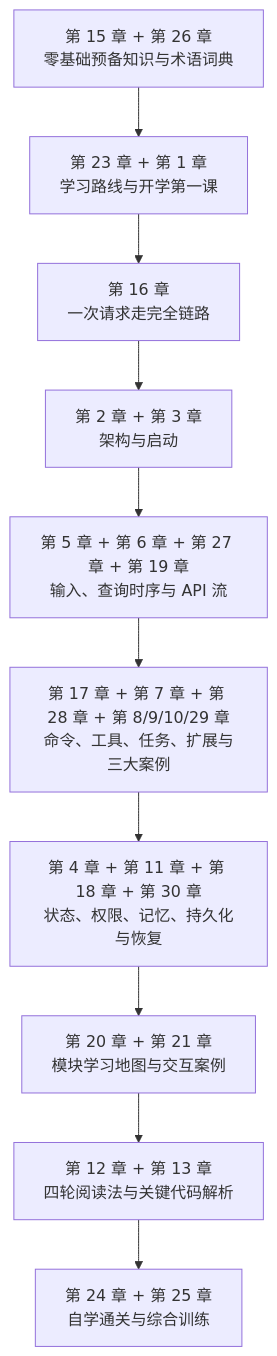
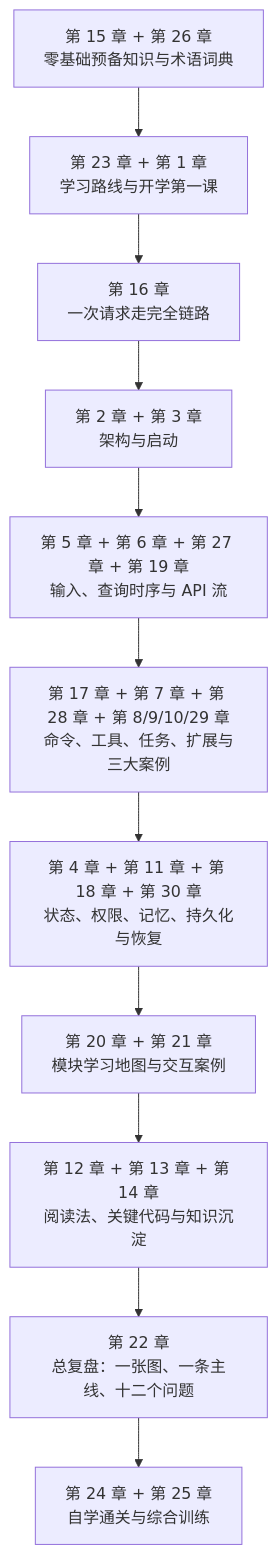
Before and after one commit to t4vddz2hkp-ux/anthropic-src-gitbook: the first of 2 diagrams in README.md, drawn with Mermaid. The commit also changed other lines of this file and 26 other files, not shown here.

````diff
--- a/README.md
+++ b/README.md
@@ -139,12 +148,13 @@
 ```mermaid
 flowchart TD
     A["第 15 章 + 第 26 章<br/>零基础预备知识与术语词典"] --> B["第 23 章 + 第 1 章<br/>学习路线与开学第一课"]
     B --> C["第 16 章<br/>一次请求走完全链路"]
     C --> D["第 2 章 + 第 3 章<br/>架构与启动"]
     D --> E["第 5 章 + 第 6 章 + 第 27 章 + 第 19 章<br/>输入、查询时序与 API 流"]
     E --> F["第 17 章 + 第 7 章 + 第 28 章 + 第 8/9/10/29 章<br/>命令、工具、任务、扩展与三大案例"]
     F --> G["第 4 章 + 第 11 章 + 第 18 章 + 第 30 章<br/>状态、权限、记忆、持久化与恢复"]
     G --> H["第 20 章 + 第 21 章<br/>模块学习地图与交互案例"]
-    H --> I["第 12 章 + 第 13 章<br/>四轮阅读法与关键代码解析"]
-    I --> J["第 24 章 + 第 25 章<br/>自学通关与综合训练"]
+    H --> I["第 12 章 + 第 13 章 + 第 14 章<br/>阅读法、关键代码与知识沉淀"]
+    I --> J["第 22 章<br/>总复盘：一张图、一条主线、十二个问题"]
+    J --> K["第 24 章 + 第 25 章<br/>自学通关与综合训练"]
 ```
````
